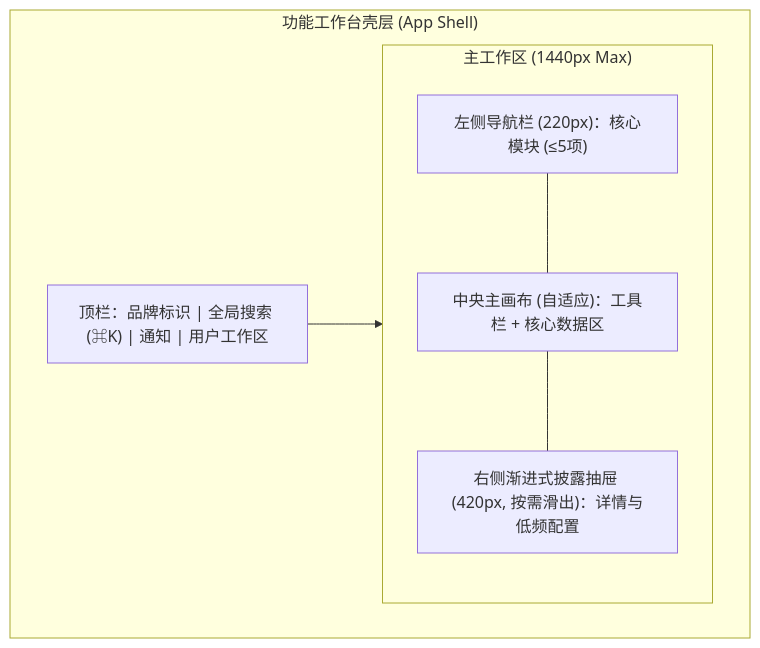
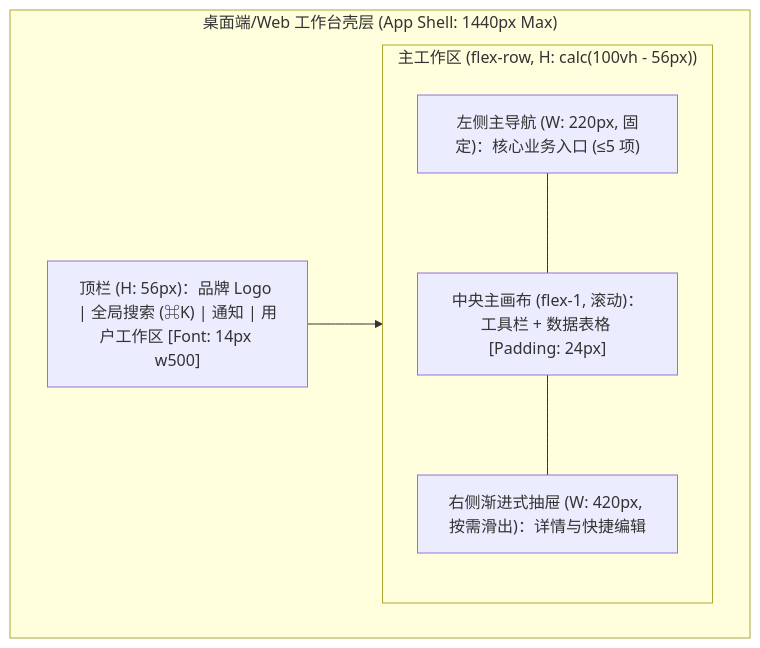
The diagram in references/product_prototype.md (zhaoxuan-inside/hs-dev-skill), drawn with Mermaid before and after one commit. The commit also changed other lines of this file and 6 other files, not shown here.

````diff
--- a/references/product_prototype.md
+++ b/references/product_prototype.md
@@ -53,13 +57,13 @@
 ```mermaid
 flowchart TB
-  subgraph Screen["功能工作台壳层 (App Shell)"]
-    Header["顶栏：品牌标识 | 全局搜索 (⌘K) | 通知 | 用户工作区"]
-    subgraph Body["主工作区 (1440px Max)"]
-      Sidebar["左侧导航栏 (220px)：核心模块 (≤5项)"]
-      MainCanvas["中央主画布 (自适应)：工具栏 + 核心数据区"]
-      Inspector["右侧渐进式披露抽屉 (420px, 按需滑出)：详情与低频配置"]
+  subgraph Screen["桌面端/Web 工作台壳层 (App Shell: 1440px Max)"]
+    Header["顶栏 (H: 56px)：品牌 Logo | 全局搜索 (⌘K) | 通知 | 用户工作区 [Font: 14px w500]"]
+    subgraph Body["主工作区 (flex-row, H: calc(100vh - 56px))"]
+      Sidebar["左侧主导航 (W: 220px, 固定)：核心业务入口 (≤5 项)"]
+      MainCanvas["中央主画布 (flex-1, 滚动)：工具栏 + 数据表格 [Padding: 24px]"]
+      Inspector["右侧渐进式抽屉 (W: 420px, 按需滑出)：详情与快捷编辑"]
     end
     Header --> Body
     Sidebar --- MainCanvas --- Inspector
   end
 ```
````
